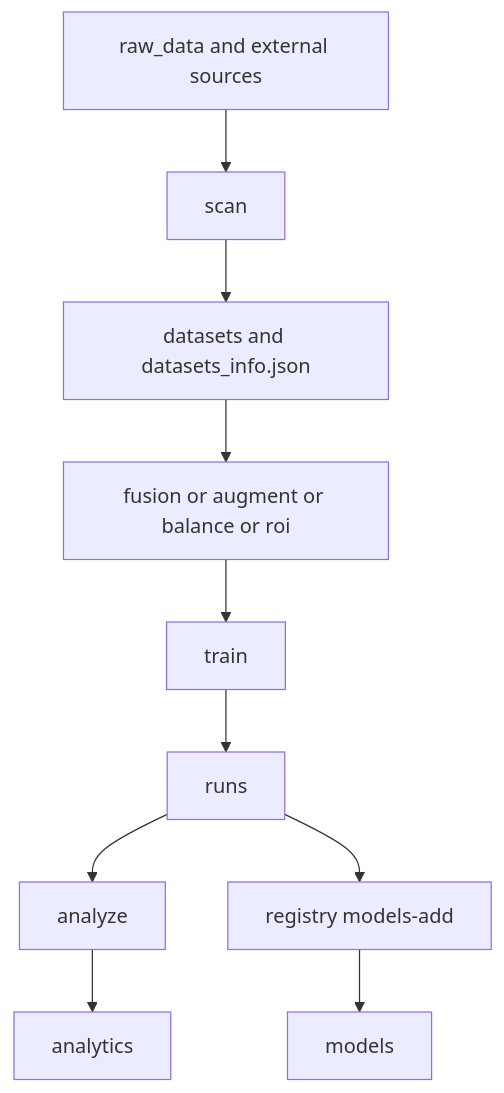
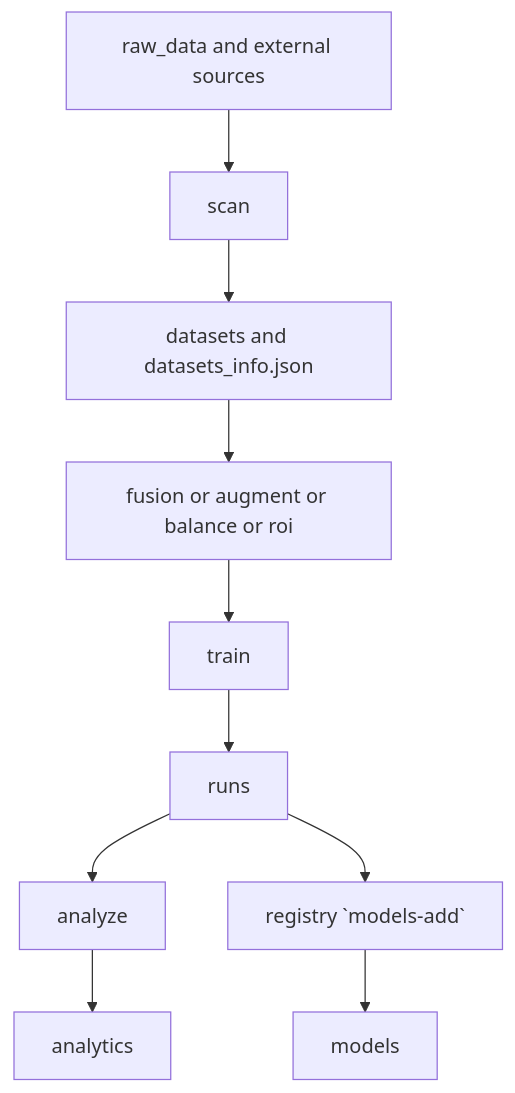
The third of 6 diagrams in docs/development/architecture.md (aicommunity/SmarTrain), drawn with Mermaid before and after one commit. The commit also changed other lines of this file and 53 other files, not shown here.

````diff
--- a/docs/development/architecture.md
+++ b/docs/development/architecture.md
@@ -49,12 +51,12 @@
 ```mermaid
 flowchart TD
   rawData[raw_data and external sources] --> scan[scan]
   scan --> datasets[datasets and datasets_info.json]
   datasets --> fusion[fusion or augment or balance or roi]
   fusion --> train[train]
   train --> runs[runs]
   runs --> analyze[analyze]
-  runs --> registry[registry models-add]
+  runs --> registry[registry `models-add`]
   analyze --> analytics[analytics]
   registry --> models[models]
 ```
````
